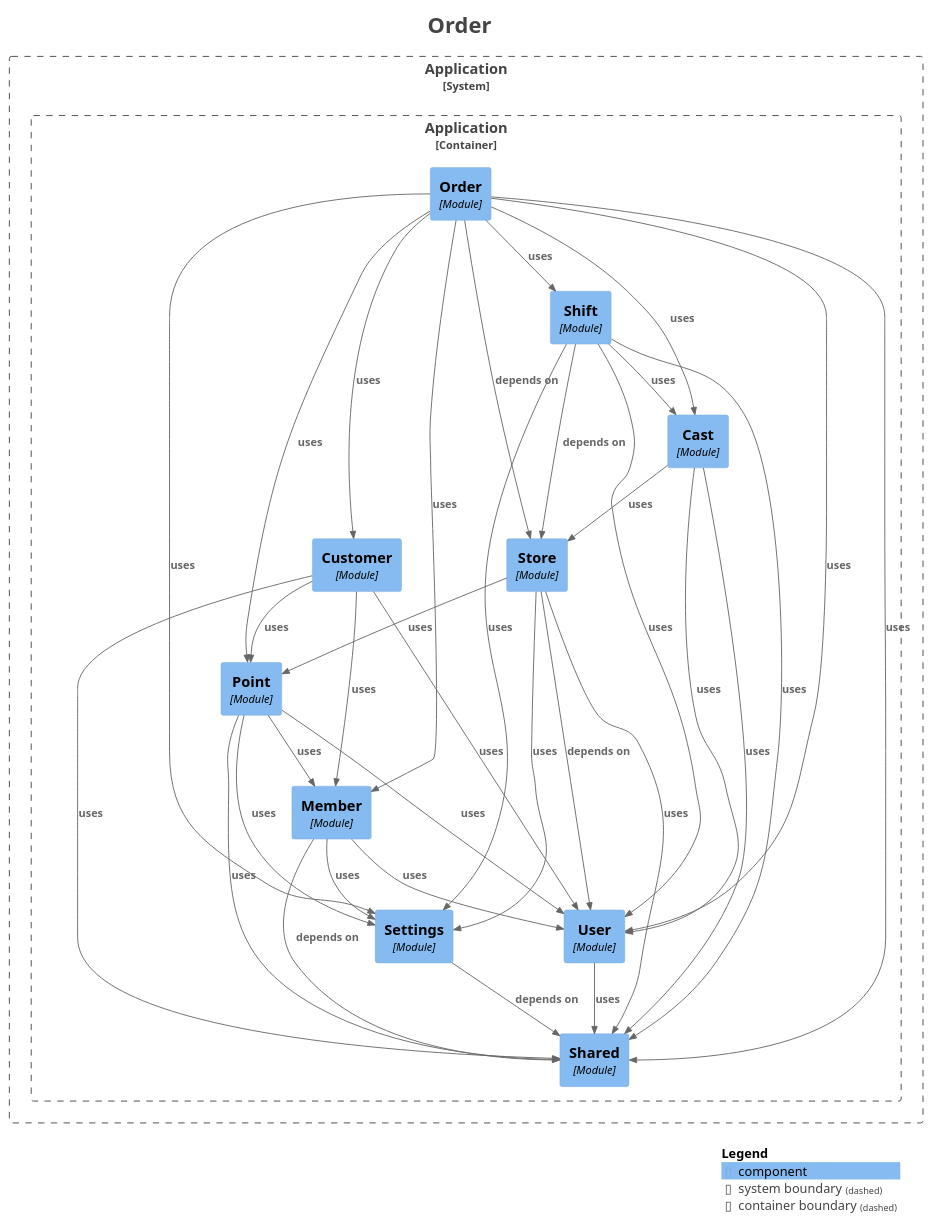
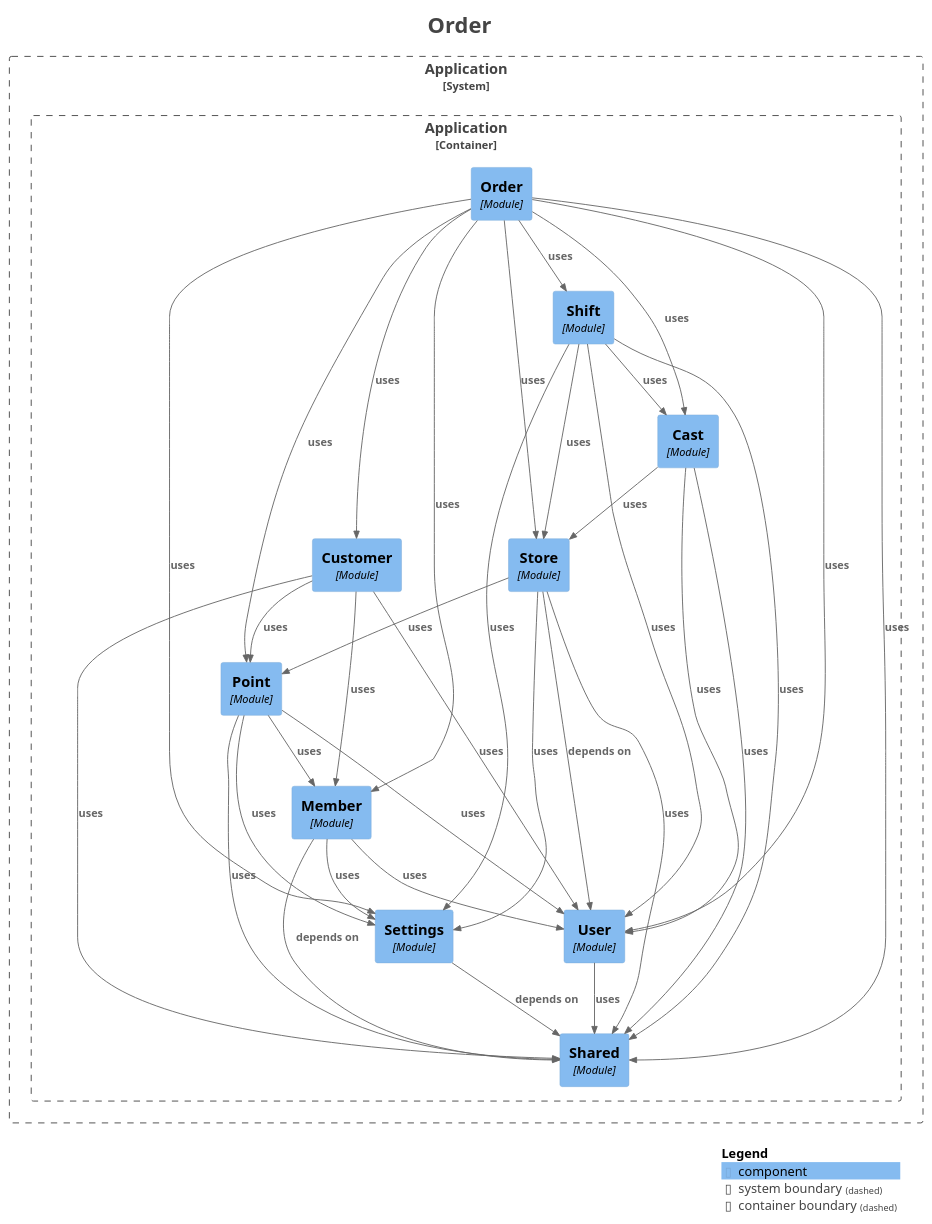
One commit to kanghouchao/Kizuna changed the diagram in backend/docs/modulith/module-order.puml. Above: the diagram before and after it, drawn with PlantUML. The commit also changed 12 other files, not shown here.

```diff
--- a/backend/docs/modulith/module-order.puml
+++ b/backend/docs/modulith/module-order.puml
@@ -1,71 +1,71 @@
 @startuml
 title <size:24>Order</size>
 
 set separator none
 top to bottom direction
 
 <style>
   root {
     BackgroundColor: #ffffff
     FontColor: #444444
   }
 </style>
 
 !include <C4/C4>
 !include <C4/C4_Context>
 !include <C4/C4_Component>
 
 System_Boundary("Application_boundary", "Application", $tags="") {
   Container_Boundary("Application.Application_boundary", "Application", $tags="") {
     Component(Application.Application.Point, "Point", $techn="Module", $descr="", $tags="", $link="")
     Component(Application.Application.Customer, "Customer", $techn="Module", $descr="", $tags="", $link="")
     Component(Application.Application.Store, "Store", $techn="Module", $descr="", $tags="", $link="")
     Component(Application.Application.Cast, "Cast", $techn="Module", $descr="", $tags="", $link="")
     Component(Application.Application.Shift, "Shift", $techn="Module", $descr="", $tags="", $link="")
     Component(Application.Application.Order, "Order", $techn="Module", $descr="", $tags="", $link="")
     Component(Application.Application.Shared, "Shared", $techn="Module", $descr="", $tags="", $link="")
     Component(Application.Application.Settings, "Settings", $techn="Module", $descr="", $tags="", $link="")
     Component(Application.Application.User, "User", $techn="Module", $descr="", $tags="", $link="")
     Component(Application.Application.Member, "Member", $techn="Module", $descr="", $tags="", $link="")
   }
 
 }
 
-Rel(Application.Application.Member, Application.Application.Shared, "depends on", $techn="", $tags="", $link="")
-Rel(Application.Application.Member, Application.Application.Settings, "uses", $techn="", $tags="", $link="")
-Rel(Application.Application.Member, Application.Application.User, "uses", $techn="", $tags="", $link="")
 Rel(Application.Application.Customer, Application.Application.Member, "uses", $techn="", $tags="", $link="")
 Rel(Application.Application.Customer, Application.Application.User, "uses", $techn="", $tags="", $link="")
 Rel(Application.Application.Customer, Application.Application.Shared, "uses", $techn="", $tags="", $link="")
 Rel(Application.Application.Customer, Application.Application.Point, "uses", $techn="", $tags="", $link="")
-Rel(Application.Application.Settings, Application.Application.Shared, "depends on", $techn="", $tags="", $link="")
-Rel(Application.Application.Order, Application.Application.Store, "depends on", $techn="", $tags="", $link="")
+Rel(Application.Application.Cast, Application.Application.User, "uses", $techn="", $tags="", $link="")
+Rel(Application.Application.Cast, Application.Application.Store, "uses", $techn="", $tags="", $link="")
+Rel(Application.Application.Cast, Application.Application.Shared, "uses", $techn="", $tags="", $link="")
 Rel(Application.Application.Order, Application.Application.Shared, "uses", $techn="", $tags="", $link="")
+Rel(Application.Application.Order, Application.Application.Point, "uses", $techn="", $tags="", $link="")
+Rel(Application.Application.Order, Application.Application.Member, "uses", $techn="", $tags="", $link="")
 Rel(Application.Application.Order, Application.Application.User, "uses", $techn="", $tags="", $link="")
-Rel(Application.Application.Order, Application.Application.Member, "uses", $techn="", $tags="", $link="")
 Rel(Application.Application.Order, Application.Application.Settings, "uses", $techn="", $tags="", $link="")
-Rel(Application.Application.Order, Application.Application.Point, "uses", $techn="", $tags="", $link="")
 Rel(Application.Application.Order, Application.Application.Cast, "uses", $techn="", $tags="", $link="")
+Rel(Application.Application.Order, Application.Application.Store, "uses", $techn="", $tags="", $link="")
 Rel(Application.Application.Order, Application.Application.Shift, "uses", $techn="", $tags="", $link="")
 Rel(Application.Application.Order, Application.Application.Customer, "uses", $techn="", $tags="", $link="")
+Rel(Application.Application.Shift, Application.Application.Settings, "uses", $techn="", $tags="", $link="")
+Rel(Application.Application.Shift, Application.Application.Cast, "uses", $techn="", $tags="", $link="")
+Rel(Application.Application.Shift, Application.Application.User, "uses", $techn="", $tags="", $link="")
+Rel(Application.Application.Shift, Application.Application.Store, "uses", $techn="", $tags="", $link="")
+Rel(Application.Application.Shift, Application.Application.Shared, "uses", $techn="", $tags="", $link="")
+Rel(Application.Application.Point, Application.Application.Shared, "uses", $techn="", $tags="", $link="")
+Rel(Application.Application.Point, Application.Application.User, "uses", $techn="", $tags="", $link="")
+Rel(Application.Application.Point, Application.Application.Member, "uses", $techn="", $tags="", $link="")
+Rel(Application.Application.Point, Application.Application.Settings, "uses", $techn="", $tags="", $link="")
 Rel(Application.Application.Store, Application.Application.User, "depends on", $techn="", $tags="", $link="")
 Rel(Application.Application.Store, Application.Application.Point, "uses", $techn="", $tags="", $link="")
 Rel(Application.Application.Store, Application.Application.Settings, "uses", $techn="", $tags="", $link="")
 Rel(Application.Application.Store, Application.Application.Shared, "uses", $techn="", $tags="", $link="")
-Rel(Application.Application.Shift, Application.Application.Store, "depends on", $techn="", $tags="", $link="")
-Rel(Application.Application.Shift, Application.Application.Settings, "uses", $techn="", $tags="", $link="")
-Rel(Application.Application.Shift, Application.Application.Cast, "uses", $techn="", $tags="", $link="")
-Rel(Application.Application.Shift, Application.Application.User, "uses", $techn="", $tags="", $link="")
-Rel(Application.Application.Shift, Application.Application.Shared, "uses", $techn="", $tags="", $link="")
-Rel(Application.Application.Cast, Application.Application.User, "uses", $techn="", $tags="", $link="")
-Rel(Application.Application.Cast, Application.Application.Store, "uses", $techn="", $tags="", $link="")
-Rel(Application.Application.Cast, Application.Application.Shared, "uses", $techn="", $tags="", $link="")
+Rel(Application.Application.Settings, Application.Application.Shared, "depends on", $techn="", $tags="", $link="")
 Rel(Application.Application.User, Application.Application.Shared, "uses", $techn="", $tags="", $link="")
-Rel(Application.Application.Point, Application.Application.User, "uses", $techn="", $tags="", $link="")
-Rel(Application.Application.Point, Application.Application.Member, "uses", $techn="", $tags="", $link="")
-Rel(Application.Application.Point, Application.Application.Shared, "uses", $techn="", $tags="", $link="")
-Rel(Application.Application.Point, Application.Application.Settings, "uses", $techn="", $tags="", $link="")
+Rel(Application.Application.Member, Application.Application.Shared, "depends on", $techn="", $tags="", $link="")
+Rel(Application.Application.Member, Application.Application.Settings, "uses", $techn="", $tags="", $link="")
+Rel(Application.Application.Member, Application.Application.User, "uses", $techn="", $tags="", $link="")
 
 SHOW_LEGEND(true)
 hide stereotypes
 @enduml
```
